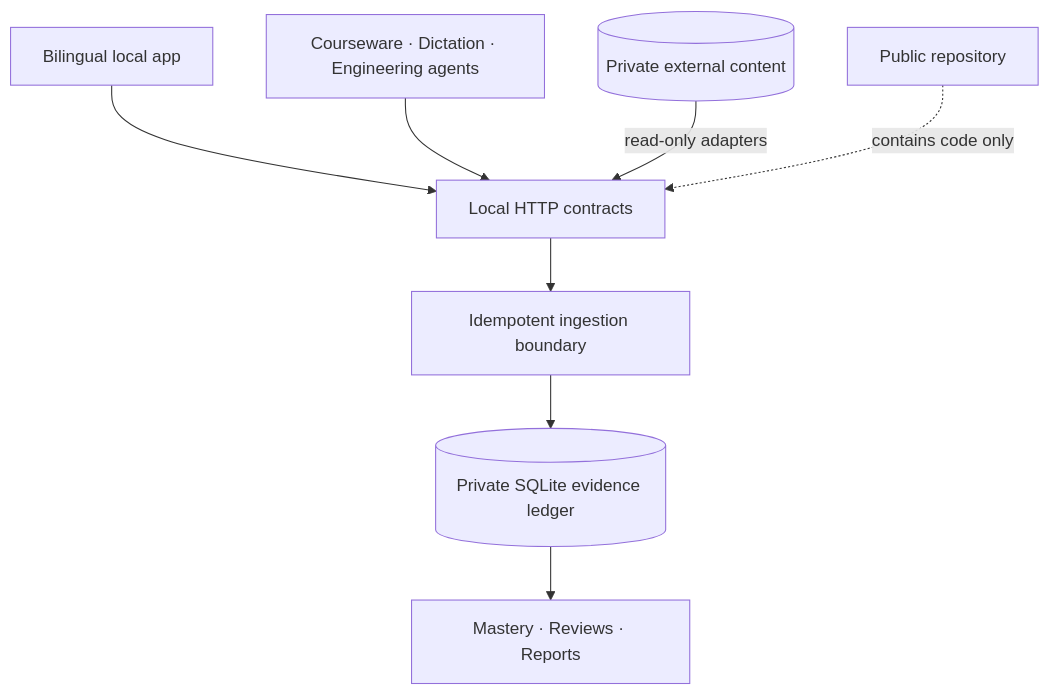
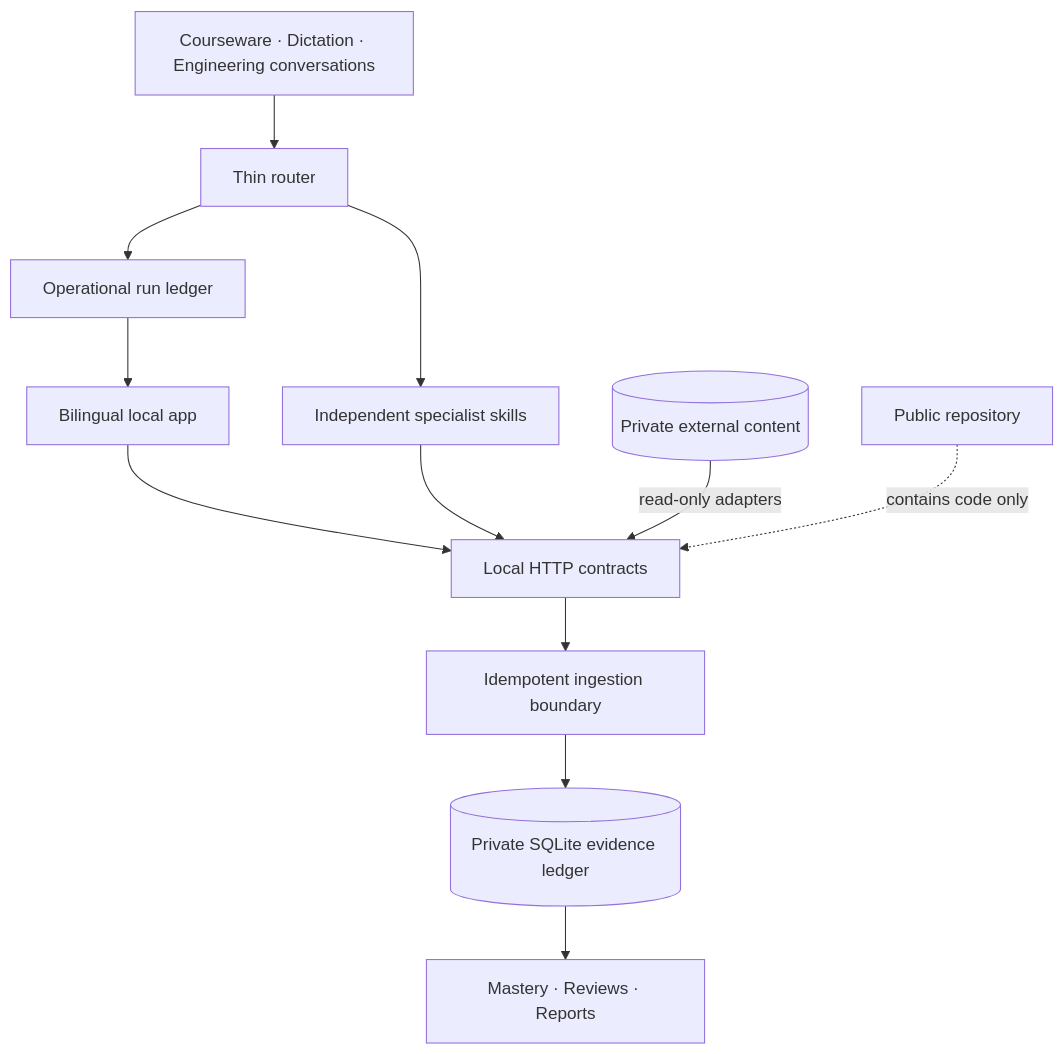
Before and after one commit to wulie0508-gif/cassian-atlas: the second of 2 diagrams in README.md, drawn with Mermaid. The commit also changed other lines of this file and 88 other files, not shown here.

````diff
--- a/README.md
+++ b/README.md
@@ -158,10 +182,14 @@
 ```mermaid
 flowchart TB
     UI["Bilingual local app"] --> API["Local HTTP contracts"]
-    AG["Courseware · Dictation · Engineering agents"] --> API
+    AG["Courseware · Dictation · Engineering conversations"] --> RT["Thin router"]
+    RT --> SP["Independent specialist skills"]
+    SP --> API
+    RT --> RUN["Operational run ledger"]
+    RUN --> UI
     API --> ING["Idempotent ingestion boundary"]
     ING --> DB[("Private SQLite evidence ledger")]
     DB --> REP["Mastery · Reviews · Reports"]
     EXT[("Private external content")] -->|"read-only adapters"| API
     PUB["Public repository"] -. "contains code only" .-> API
 ```
````
